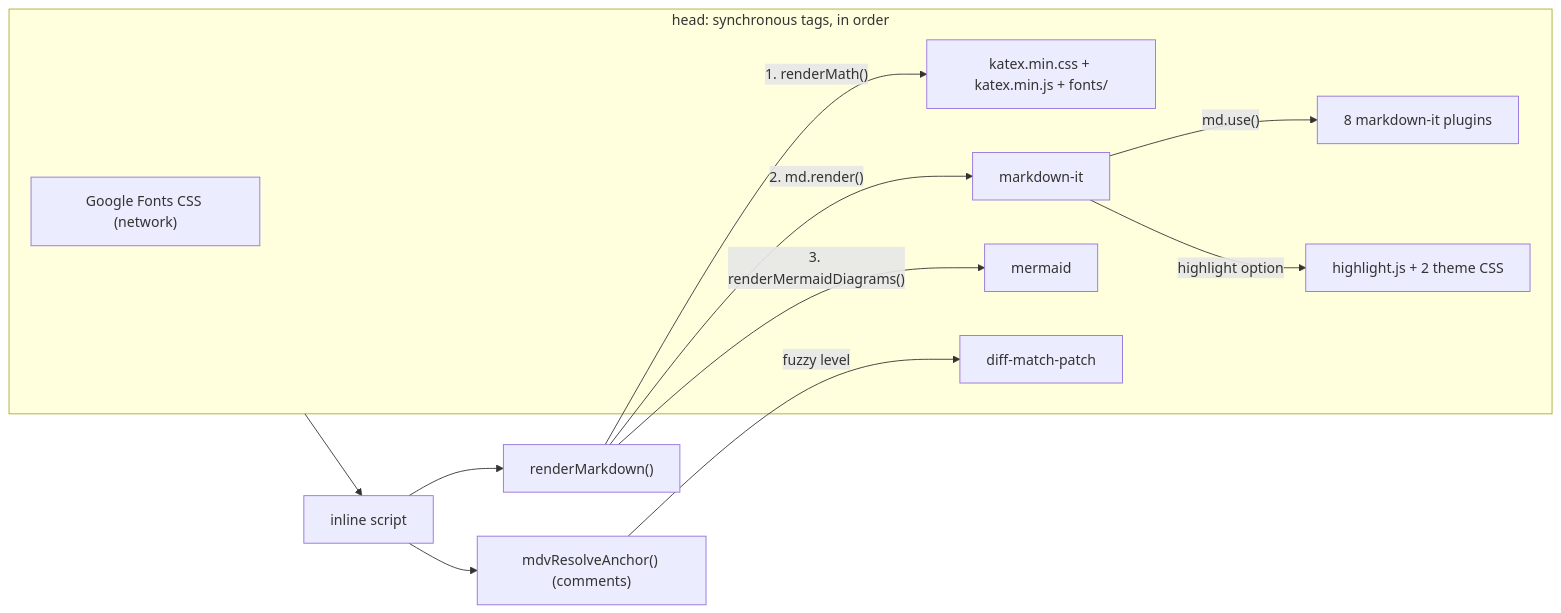
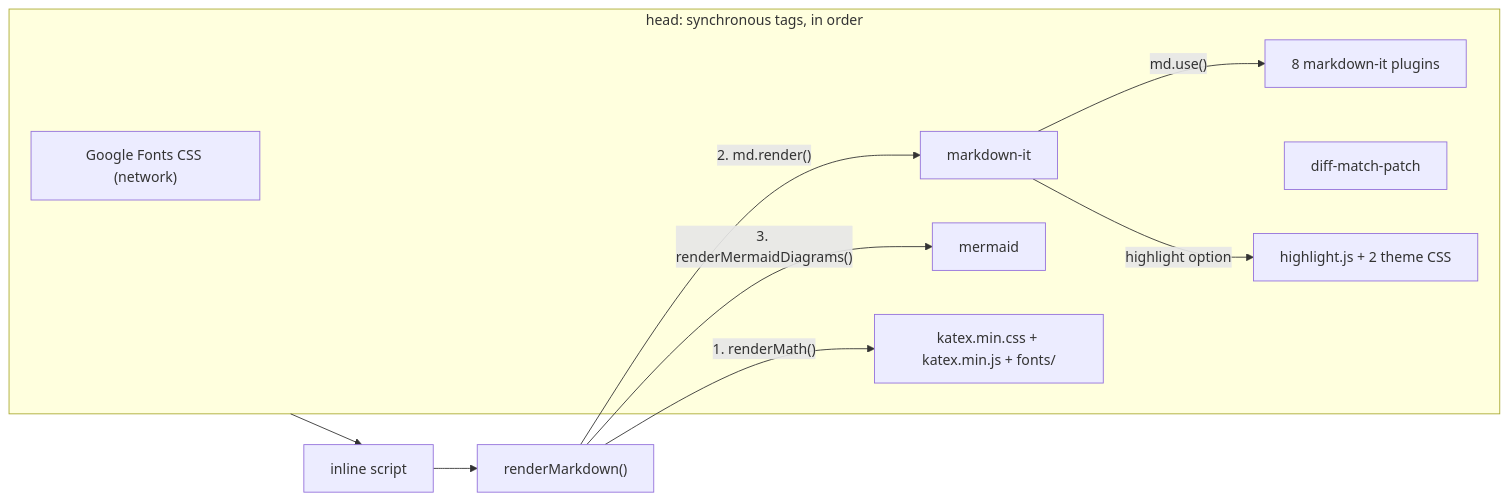
Before and after one commit to vikrantb/kites-markdown: the diagram in docs/dependencies.md, drawn with Mermaid. The commit also changed other lines of this file and 20 other files, not shown here.

````diff
--- a/docs/dependencies.md
+++ b/docs/dependencies.md
@@ -144,21 +144,19 @@
 ```mermaid
 flowchart LR
   subgraph head["head: synchronous tags, in order"]
     GF["Google Fonts CSS (network)"]
     MI["markdown-it"]
     PL["8 markdown-it plugins"]
     DMP["diff-match-patch"]
     HL["highlight.js + 2 theme CSS"]
     MM["mermaid"]
     KX["katex.min.css + katex.min.js + fonts/"]
   end
   head --> IS["inline script"]
   IS --> RM["renderMarkdown()"]
   RM -->|"1. renderMath()"| KX
   RM -->|"2. md.render()"| MI
   MI -->|"md.use()"| PL
   MI -->|"highlight option"| HL
   RM -->|"3. renderMermaidDiagrams()"| MM
-  IS --> CR["mdvResolveAnchor() (comments)"]
-  CR -->|"fuzzy level"| DMP
 ```
````
